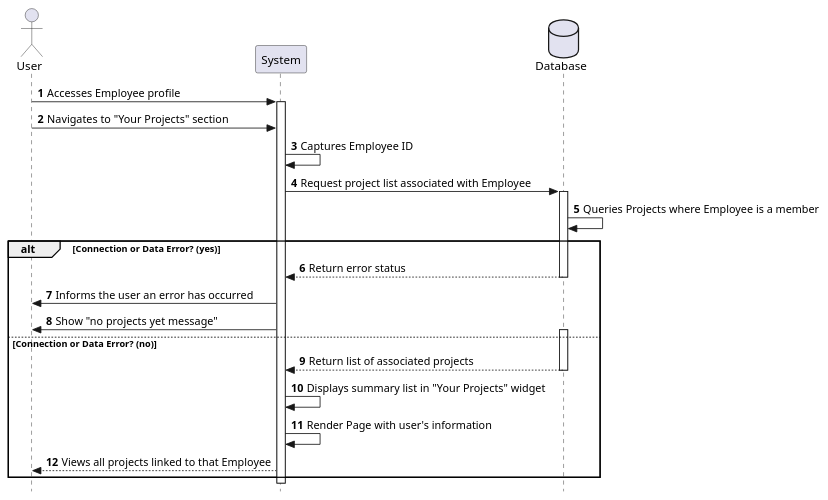
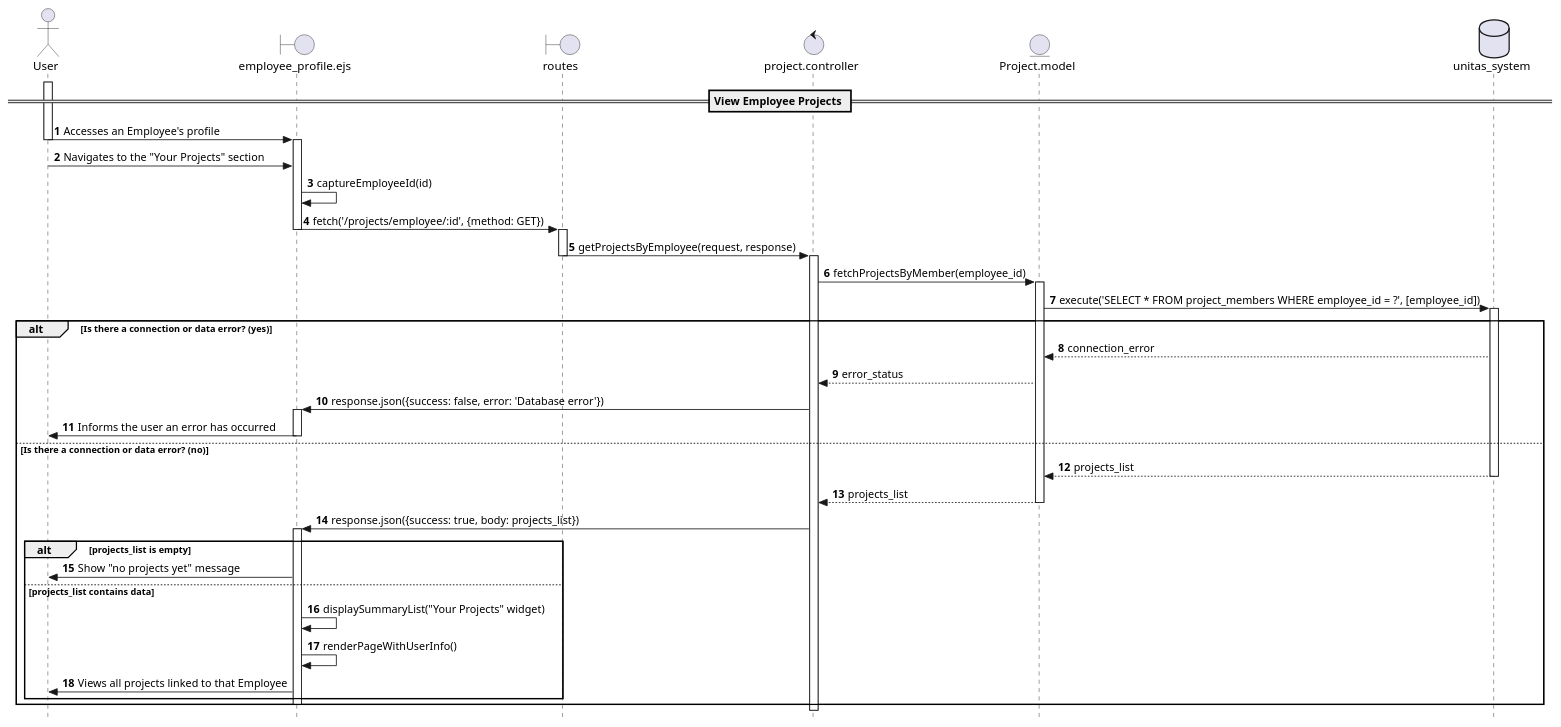
The diagram in documentation/sequence_diagrams/EMP-05-SD.puml (Berthou05/LimboSoftwareDevelopment_Change.org), drawn with PlantUML before and after one commit. The commit also changed 19 other files, not shown here.

Commit message:
[CHORE] moved activity diagrams to sequence_diagrams folder

```diff
--- a/documentation/sequence_diagrams/EMP-05-SD.puml
+++ b/documentation/sequence_diagrams/EMP-05-SD.puml
@@ -1,35 +1,65 @@
 @startuml
+skinparam style strictuml
+
+actor User as U
+boundary "employee_profile.ejs" as V
+boundary "routes" as RO
+control "project.controller" as C
+entity "Project.model" as M
+database "unitas_system" as DB
+
 autonumber
-skinparam Style strictuml
 
-actor User
-participant "System" as Sys
-database "Database" as DB
+== View Employee Projects ==
 
-User -> Sys: Accesses Employee profile
-activate Sys
+activate U
+U -> V: Accesses an Employee's profile
+deactivate U
 
-User -> Sys: Navigates to "Your Projects" section
-Sys -> Sys: Captures Employee ID
+activate V
+U -> V: Navigates to the "Your Projects" section
+V -> V: captureEmployeeId(id)
+V -> RO: fetch('/projects/employee/:id', {method: GET})
+deactivate V
 
-Sys -> DB: Request project list associated with Employee
+activate RO
+RO -> C: getProjectsByEmployee(request, response)
+deactivate RO
+
+activate C
+C -> M: fetchProjectsByMember(employee_id)
+activate M
+
+M -> DB: execute('SELECT * FROM project_members WHERE employee_id = ?', [employee_id])
 activate DB
 
-DB -> DB: Queries Projects where Employee is a member
-
-alt Connection or Data Error? (yes)
-    DB --> Sys: Return error status
+alt Is there a connection or data error? (yes)
+    DB --> M: connection_error
+    M --> C: error_status
+    C -> V: response.json({success: false, error: 'Database error'})
+    activate V
+    V -> U: Informs the user an error has occurred
+    deactivate V
+    
+else Is there a connection or data error? (no)
+    DB --> M: projects_list
     deactivate DB
-    Sys -> User: Informs the user an error has occurred
-    Sys -> User: Show "no projects yet message"
-else Connection or Data Error? (no)
-    activate DB
-    DB --> Sys: Return list of associated projects
-    deactivate DB
-    Sys -> Sys: Displays summary list in "Your Projects" widget
-    Sys -> Sys: Render Page with user's information
-    Sys --> User: Views all projects linked to that Employee
+    M --> C: projects_list
+    deactivate M
+    
+    C -> V: response.json({success: true, body: projects_list})
+    activate V
+    
+    alt projects_list is empty
+        V -> U: Show "no projects yet" message
+    else projects_list contains data
+        V -> V: displaySummaryList("Your Projects" widget)
+        V -> V: renderPageWithUserInfo()
+        V -> U: Views all projects linked to that Employee
+    end
+    deactivate V
 end
 
-deactivate Sys
+deactivate C
+
 @enduml
```
